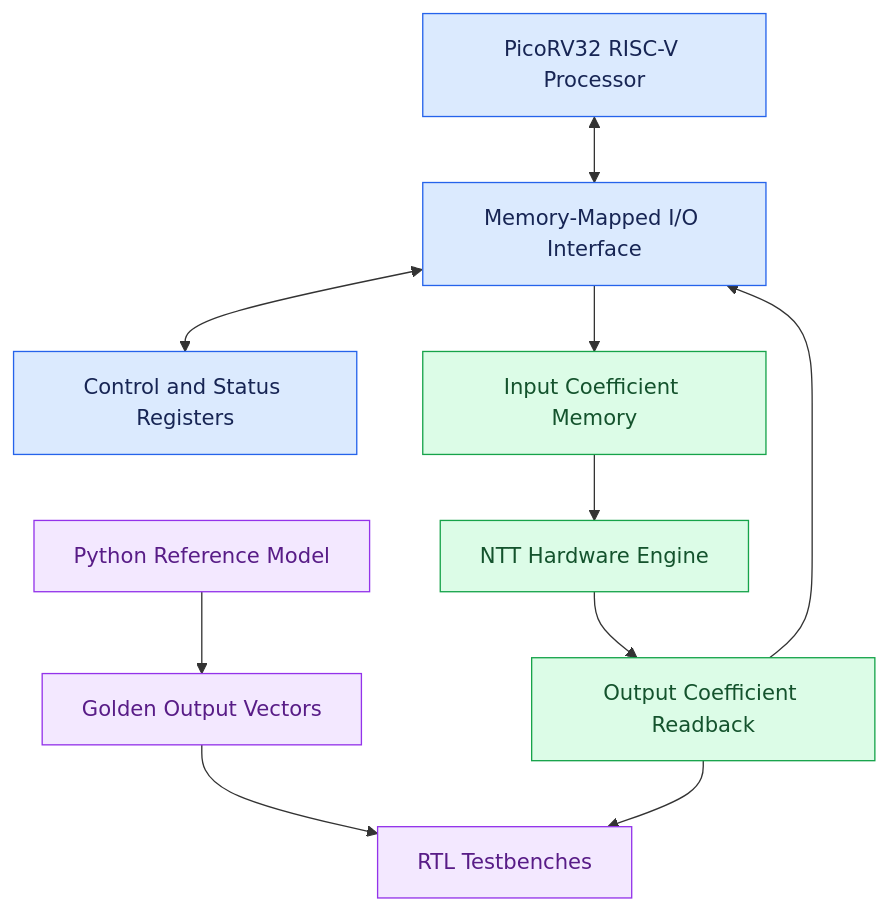
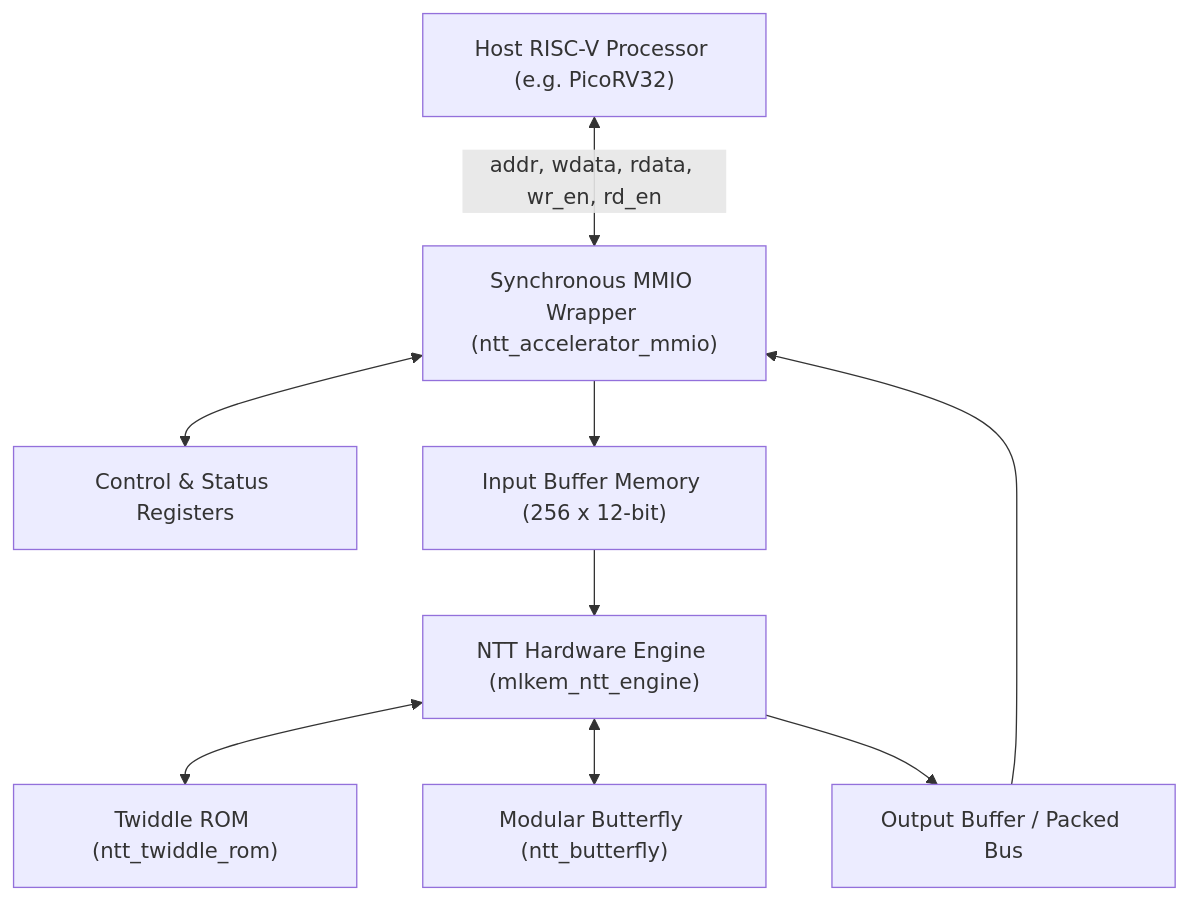
One commit to Harshima-Joshi15/riscv-ntt-accelerator changed the first of 3 diagrams in README.md. Above: the diagram before and after it, drawn with Mermaid. The commit also changed other lines of this file and 89 other files, not shown here.

````diff
--- a/README.md
+++ b/README.md
@@ -38,31 +33,20 @@
 ```mermaid
 flowchart TB
-    CPU["PicoRV32 RISC-V Processor"]
-    BUS["Memory-Mapped I/O Interface"]
-    CTRL["Control and Status Registers"]
-    IN["Input Coefficient Memory"]
-    NTT["NTT Hardware Engine"]
-    OUT["Output Coefficient Readback"]
-    PY["Python Reference Model"]
-    GOLD["Golden Output Vectors"]
-    TB["RTL Testbenches"]
+    CPU["Host RISC-V Processor (e.g. PicoRV32)"]
+    MMIO["Synchronous MMIO Wrapper (ntt_accelerator_mmio)"]
+    CTRL["Control & Status Registers"]
+    INMEM["Input Buffer Memory (256 x 12-bit)"]
+    ENGINE["NTT Hardware Engine (mlkem_ntt_engine)"]
+    ROM["Twiddle ROM (ntt_twiddle_rom)"]
+    BF["Modular Butterfly (ntt_butterfly)"]
+    OUTMEM["Output Buffer / Packed Bus"]
 
-    CPU <--> BUS
-    BUS <--> CTRL
-    BUS --> IN
-    IN --> NTT
-    NTT --> OUT
-    OUT --> BUS
-
-    PY --> GOLD
-    GOLD --> TB
-    OUT --> TB
-
-    classDef processor fill:#dbeafe,stroke:#2563eb,color:#172554
-    classDef hardware fill:#dcfce7,stroke:#16a34a,color:#14532d
-    classDef verification fill:#f3e8ff,stroke:#9333ea,color:#581c87
-
-    class CPU,BUS,CTRL processor
-    class IN,NTT,OUT hardware
-    class PY,GOLD,TB verification
+    CPU <-->|"addr, wdata, rdata, wr_en, rd_en"| MMIO
+    MMIO <--> CTRL
+    MMIO --> INMEM
+    INMEM --> ENGINE
+    ENGINE <--> ROM
+    ENGINE <--> BF
+    ENGINE --> OUTMEM
+    OUTMEM --> MMIO
 ```
````
